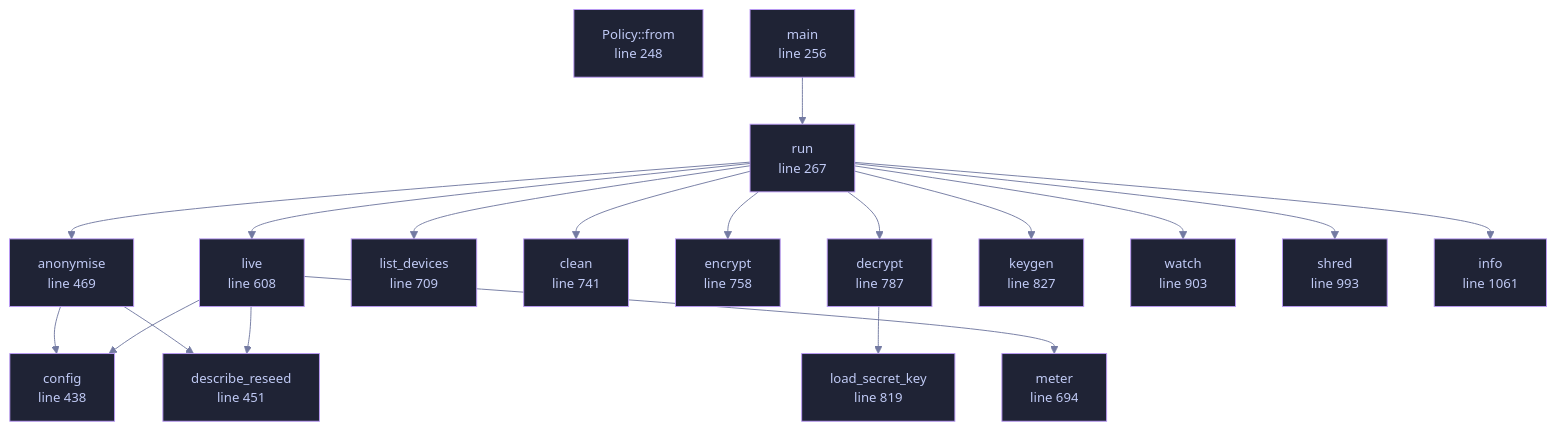
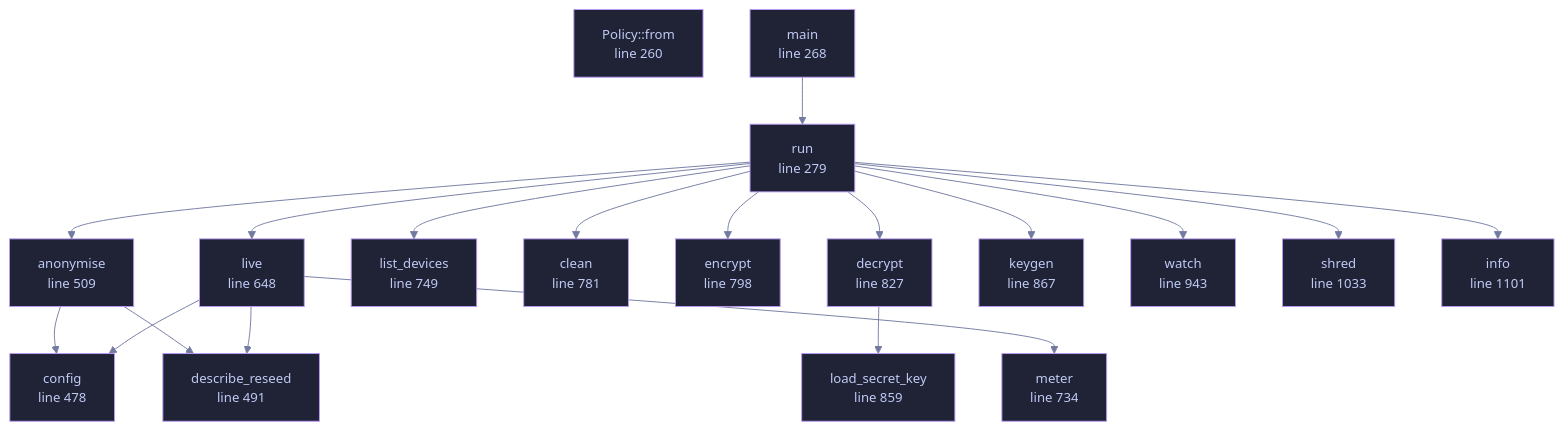
The diagram in wiki/File-veilvoice-cli-main.md (tilas01/veilvoice), drawn with Mermaid before and after one commit. The commit also changed other lines of this file and 8 other files, not shown here.

````diff
--- a/wiki/File-veilvoice-cli-main.md
+++ b/wiki/File-veilvoice-cli-main.md
@@ -79,40 +79,40 @@
 ```mermaid
 %%{init: {"theme":"base","themeVariables":{"background":"#1a1b26","primaryColor":"#1f2335","primaryTextColor":"#c0caf5","primaryBorderColor":"#7aa2f7","secondaryColor":"#16161e","tertiaryColor":"#16161e","lineColor":"#737aa2","textColor":"#c0caf5","mainBkg":"#1f2335","nodeBorder":"#7aa2f7","clusterBkg":"#16161e","clusterBorder":"#2f3549","fontFamily":"ui-monospace, SFMono-Regular, Consolas, monospace","fontSize":"14px"}}}%%
 flowchart TD
-    n_from["Policy::from<br/>line 248"]
-    n_main["main<br/>line 256"]
-    n_run["run<br/>line 267"]
-    n_config["config<br/>line 438"]
-    n_describe_reseed["describe_reseed<br/>line 451"]
-    n_anonymise["anonymise<br/>line 469"]
-    n_live["live<br/>line 608"]
-    n_meter["meter<br/>line 694"]
-    n_list_devices["list_devices<br/>line 709"]
-    n_clean["clean<br/>line 741"]
-    n_encrypt["encrypt<br/>line 758"]
-    n_decrypt["decrypt<br/>line 787"]
-    n_load_secret_key["load_secret_key<br/>line 819"]
-    n_keygen["keygen<br/>line 827"]
-    n_watch["watch<br/>line 903"]
-    n_shred["shred<br/>line 993"]
-    n_info["info<br/>line 1061"]
+    n_from["Policy::from<br/>line 260"]
+    n_main["main<br/>line 268"]
+    n_run["run<br/>line 279"]
+    n_config["config<br/>line 478"]
+    n_describe_reseed["describe_reseed<br/>line 491"]
+    n_anonymise["anonymise<br/>line 509"]
+    n_live["live<br/>line 648"]
+    n_meter["meter<br/>line 734"]
+    n_list_devices["list_devices<br/>line 749"]
+    n_clean["clean<br/>line 781"]
+    n_encrypt["encrypt<br/>line 798"]
+    n_decrypt["decrypt<br/>line 827"]
+    n_load_secret_key["load_secret_key<br/>line 859"]
+    n_keygen["keygen<br/>line 867"]
+    n_watch["watch<br/>line 943"]
+    n_shred["shred<br/>line 1033"]
+    n_info["info<br/>line 1101"]
     n_anonymise --> n_config
     n_anonymise --> n_describe_reseed
     n_decrypt --> n_load_secret_key
     n_live --> n_config
     n_live --> n_describe_reseed
     n_live --> n_meter
     n_main --> n_run
     n_run --> n_anonymise
     n_run --> n_clean
     n_run --> n_decrypt
     n_run --> n_encrypt
     n_run --> n_info
     n_run --> n_keygen
     n_run --> n_list_devices
     n_run --> n_live
     n_run --> n_shred
     n_run --> n_watch
     classDef helper fill:#1f2335,stroke:#bb9af7,color:#c0caf5
     class n_from,n_main,n_run,n_config,n_describe_reseed,n_anonymise,n_live,n_meter,n_list_devices,n_clean,n_encrypt,n_decrypt,n_load_secret_key,n_keygen,n_watch,n_shred,n_info helper
 ```
````
